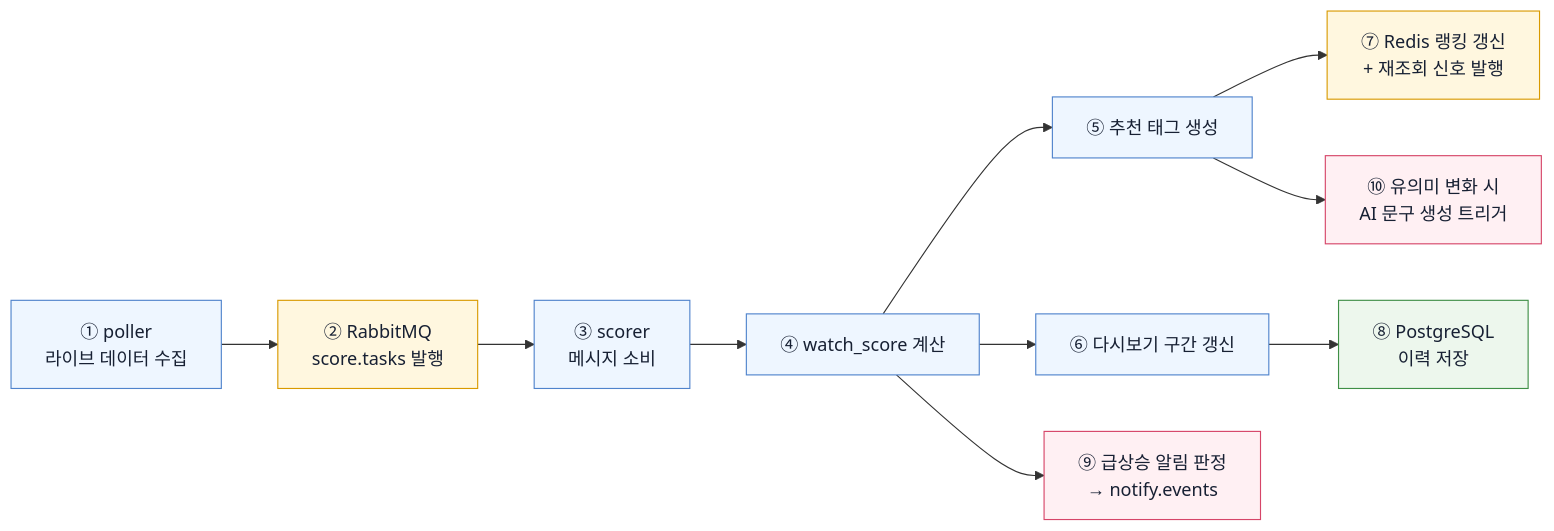
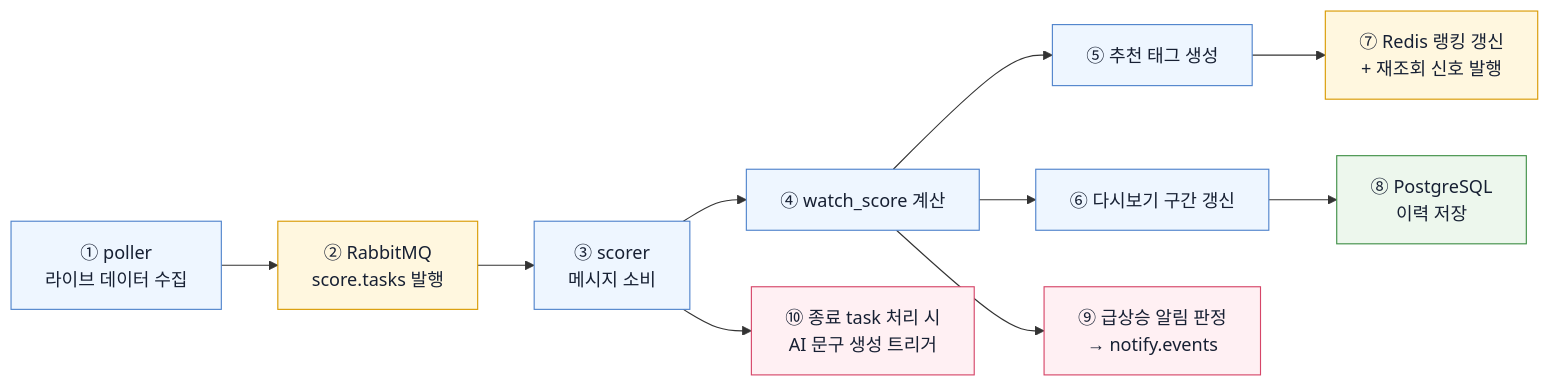
The second of 3 diagrams in docs/design/DATA_PIPELINE.md (team-pulse-mlb/pulse-project), drawn with Mermaid before and after one commit. The commit also changed other lines of this file and 14 other files, not shown here.

````diff
--- a/docs/design/DATA_PIPELINE.md
+++ b/docs/design/DATA_PIPELINE.md
@@ -65,22 +65,22 @@
 ```mermaid
 flowchart LR
     classDef app fill:#eef6ff,stroke:#4f83cc,color:#172033
     classDef mw fill:#fff7df,stroke:#d99a00,color:#172033
     classDef store fill:#edf7ed,stroke:#3f8f46,color:#172033
     classDef signal fill:#fff0f3,stroke:#d64568,color:#172033
 
     A["① poller<br/>라이브 데이터 수집"] --> B["② RabbitMQ<br/>score.tasks 발행"]
     B --> C["③ scorer<br/>메시지 소비"]
     C --> D["④ watch_score 계산"]
     D --> E["⑤ 추천 태그 생성"]
     D --> F["⑥ 다시보기 구간 갱신"]
     E --> G["⑦ Redis 랭킹 갱신<br/>+ 재조회 신호 발행"]
     F --> H["⑧ PostgreSQL<br/>이력 저장"]
     D --> I["⑨ 급상승 알림 판정<br/>→ notify.events"]
-    E --> J["⑩ 유의미 변화 시<br/>AI 문구 생성 트리거"]
+    C --> J["⑩ 종료 task 처리 시<br/>AI 문구 생성 트리거"]
 
     class A,C,D,E,F app
     class B,G mw
     class H store
     class I,J signal
 ```
````
